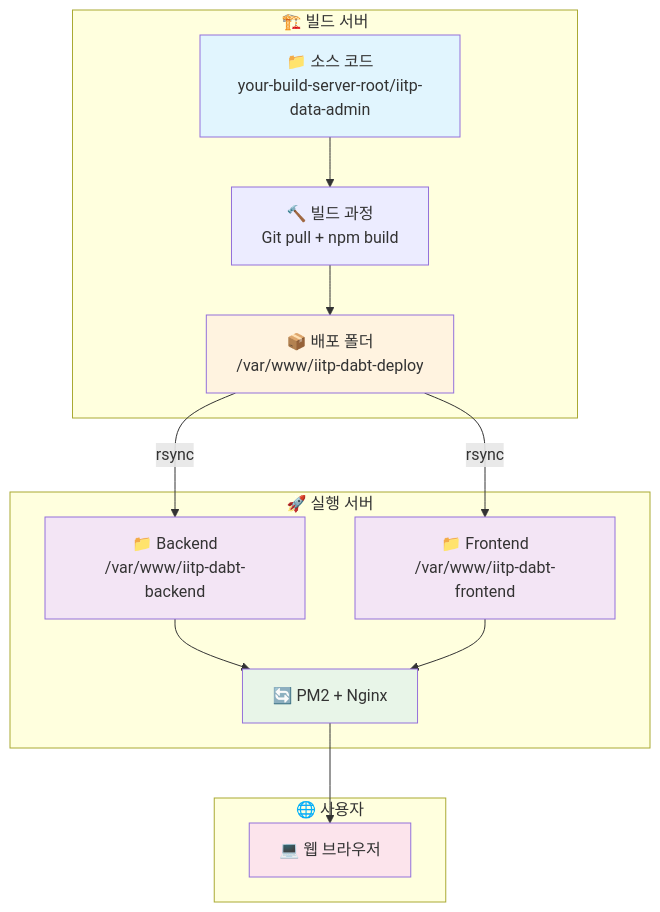
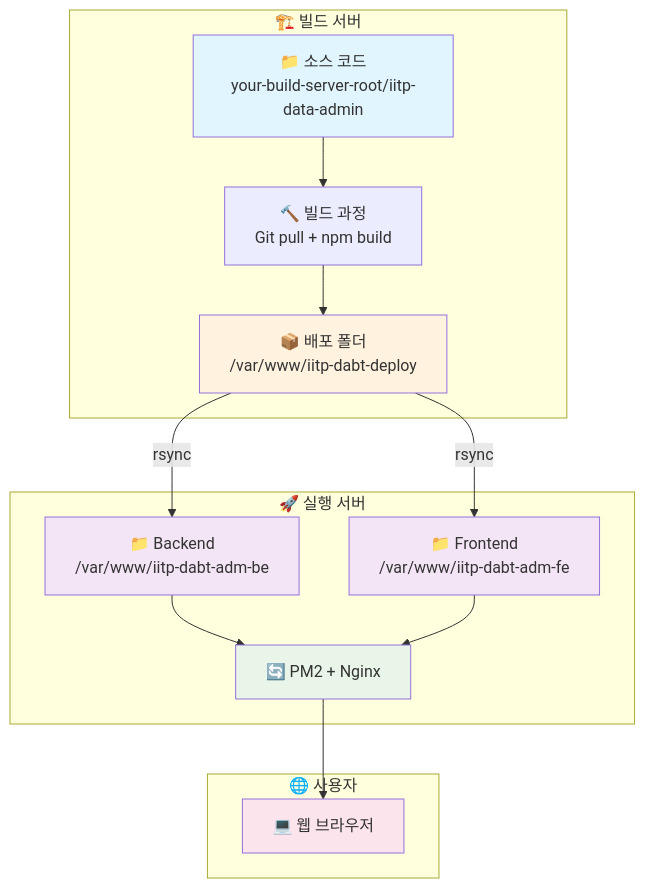
Before and after one commit to sweetk-dev/05-IITP-DABT-Admin: the fourth of 8 diagrams in script/README-SERVER-DEPLOYMENT.md, drawn with Mermaid. The commit also changed other lines of this file and 19 other files, not shown here.

````diff
--- a/script/README-SERVER-DEPLOYMENT.md
+++ b/script/README-SERVER-DEPLOYMENT.md
@@ -64,33 +64,33 @@
 ```mermaid
 graph TB
     subgraph "🏗️ 빌드 서버"
         A[📁 소스 코드<br/>your-build-server-root/iitp-data-admin]
         B[🔨 빌드 과정<br/>Git pull + npm build]
         C[📦 배포 폴더<br/>/var/www/iitp-dabt-deploy]
     end
     
     subgraph "🚀 실행 서버"
-        D[📁 Backend<br/>/var/www/iitp-dabt-backend]
-        E[📁 Frontend<br/>/var/www/iitp-dabt-frontend]
+        D[📁 Backend<br/>/var/www/iitp-dabt-adm-be]
+        E[📁 Frontend<br/>/var/www/iitp-dabt-adm-fe]
         F[🔄 PM2 + Nginx]
     end
     
     subgraph "🌐 사용자"
         G[💻 웹 브라우저]
     end
     
     A --> B
     B --> C
     C -->|rsync| D
     C -->|rsync| E
     D --> F
     E --> F
     F --> G
     
     style A fill:#e1f5fe
     style C fill:#fff3e0
     style D fill:#f3e5f5
     style E fill:#f3e5f5
     style F fill:#e8f5e8
     style G fill:#fce4ec
 ```
````
